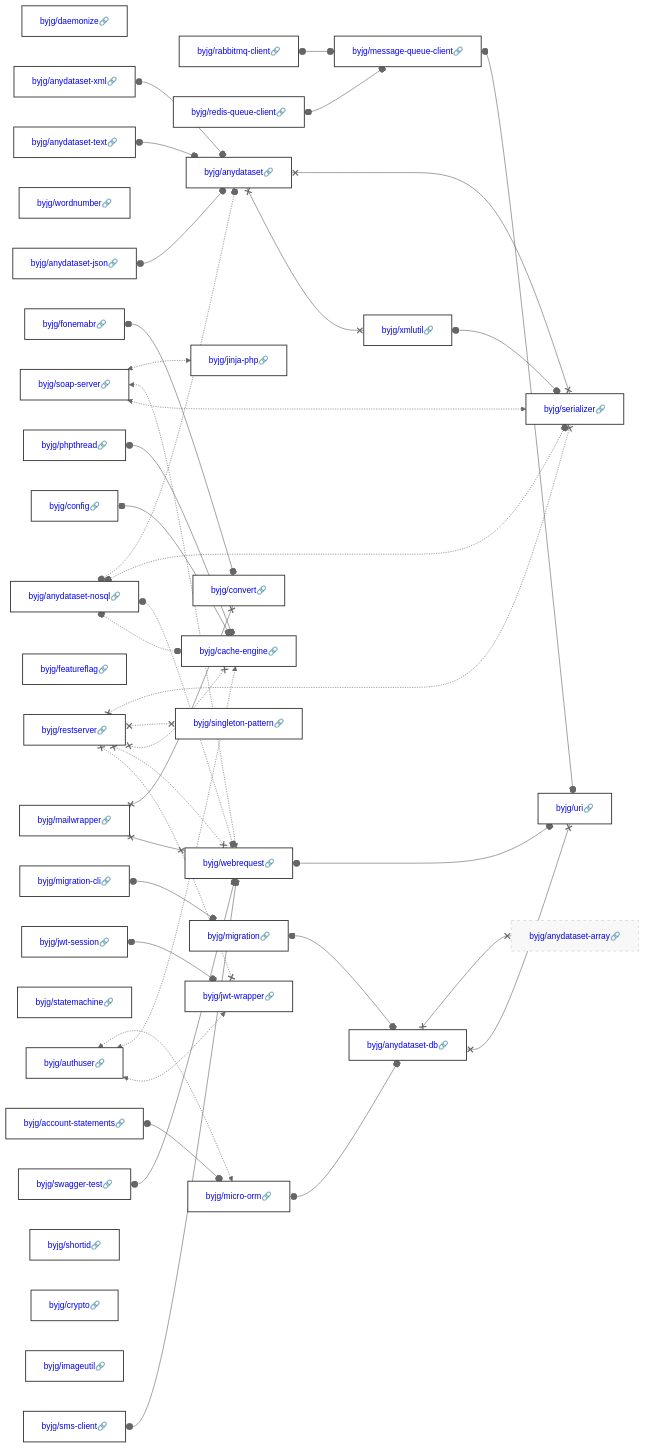
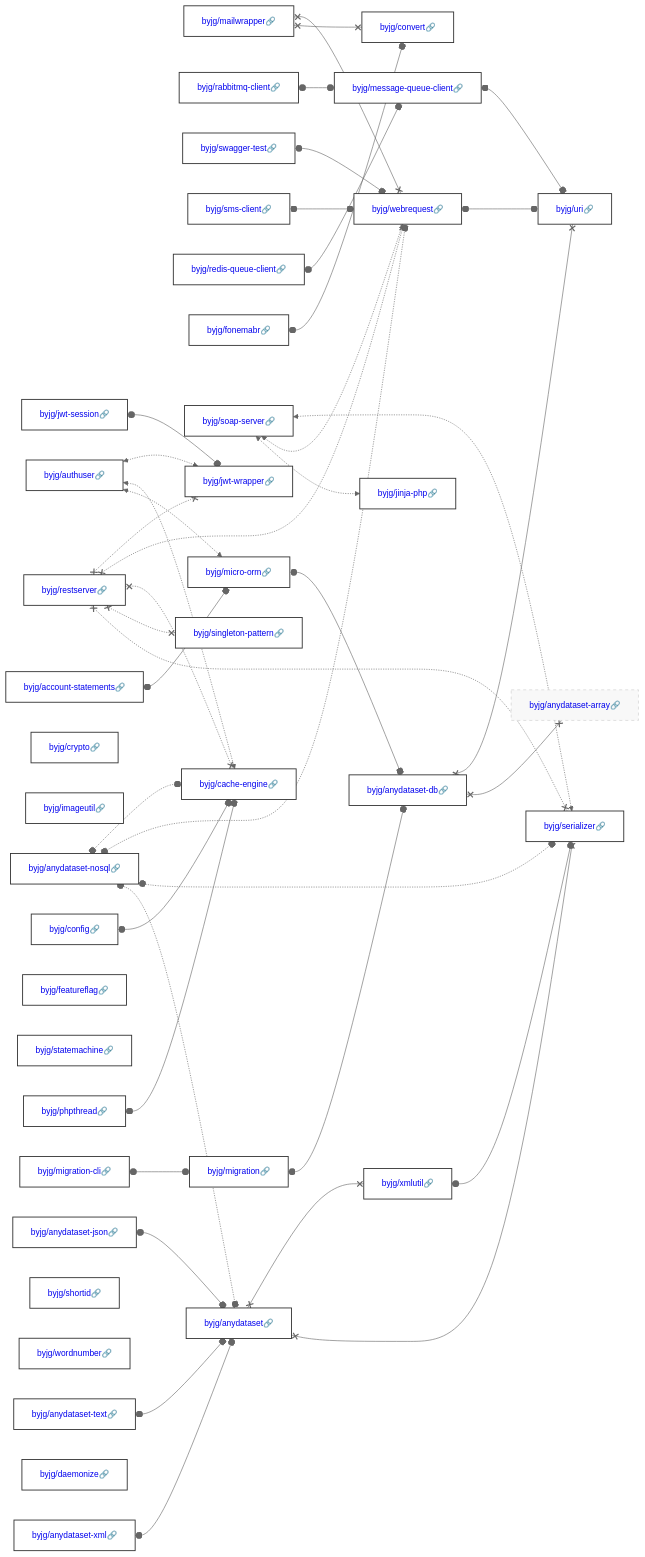
The diagram in docs/php/README.md (byjg/byjg.github.io), drawn with Mermaid (neutral theme) before and after one commit. The commit also changed other lines of this file and 5 other files, not shown here.

Commit message:
Update documentation 'php' 'php-rabbitmq-client'

````diff
--- a/docs/php/README.md
+++ b/docs/php/README.md
@@ -3,47 +3,46 @@
 ```mermaid
 graph LR;
-  byjg/daemonize[<a href='https://opensource.byjg.com/docs/php/daemonize' style='text-decoration:none'>byjg/daemonize🔗</a>];
+  byjg/mailwrapper[<a href='https://opensource.byjg.com/docs/php/mailwrapper' style='text-decoration:none'>byjg/mailwrapper🔗</a>];
+  byjg/migration-cli[<a href='https://opensource.byjg.com/docs/php/migration-cli' style='text-decoration:none'>byjg/migration-cli🔗</a>];
+  byjg/jwt-session[<a href='https://opensource.byjg.com/docs/php/jwt-session' style='text-decoration:none'>byjg/jwt-session🔗</a>];
+  byjg/rabbitmq-client[<a href='https://opensource.byjg.com/docs/php/rabbitmq-client' style='text-decoration:none'>byjg/rabbitmq-client🔗</a>];
+  byjg/phpthread[<a href='https://opensource.byjg.com/docs/php/phpthread' style='text-decoration:none'>byjg/phpthread🔗</a>];
   byjg/config[<a href='https://opensource.byjg.com/docs/php/config' style='text-decoration:none'>byjg/config🔗</a>];
-  byjg/anydataset-text[<a href='https://opensource.byjg.com/docs/php/anydataset-text' style='text-decoration:none'>byjg/anydataset-text🔗</a>];
-  byjg/wordnumber[<a href='https://opensource.byjg.com/docs/php/wordnumber' style='text-decoration:none'>byjg/wordnumber🔗</a>];
-  byjg/rabbitmq-client[<a href='https://opensource.byjg.com/docs/php/rabbitmq-client' style='text-decoration:none'>byjg/rabbitmq-client🔗</a>];
-  byjg/migration-cli[<a href='https://opensource.byjg.com/docs/php/migration-cli' style='text-decoration:none'>byjg/migration-cli🔗</a>];
-  byjg/soap-server[<a href='https://opensource.byjg.com/docs/php/soap-server' style='text-decoration:none'>byjg/soap-server🔗</a>];
-  byjg/phpthread[<a href='https://opensource.byjg.com/docs/php/phpthread' style='text-decoration:none'>byjg/phpthread🔗</a>];
-  byjg/account-statements[<a href='https://opensource.byjg.com/docs/php/account-statements' style='text-decoration:none'>byjg/account-statements🔗</a>];
-  byjg/fonemabr[<a href='https://opensource.byjg.com/docs/php/fonemabr' style='text-decoration:none'>byjg/fonemabr🔗</a>];
-  byjg/mailwrapper[<a href='https://opensource.byjg.com/docs/php/mailwrapper' style='text-decoration:none'>byjg/mailwrapper🔗</a>];
-  byjg/redis-queue-client[<a href='https://opensource.byjg.com/docs/php/redis-queue-client' style='text-decoration:none'>byjg/redis-queue-client🔗</a>];
-  byjg/featureflag[<a href='https://opensource.byjg.com/docs/php/featureflag' style='text-decoration:none'>byjg/featureflag🔗</a>];
-  byjg/restserver[<a href='https://opensource.byjg.com/docs/php/restserver' style='text-decoration:none'>byjg/restserver🔗</a>];
-  byjg/sms-client[<a href='https://opensource.byjg.com/docs/php/sms-client' style='text-decoration:none'>byjg/sms-client🔗</a>];
-  byjg/anydataset-json[<a href='https://opensource.byjg.com/docs/php/anydataset-json' style='text-decoration:none'>byjg/anydataset-json🔗</a>];
-  byjg/authuser[<a href='https://opensource.byjg.com/docs/php/authuser' style='text-decoration:none'>byjg/authuser🔗</a>];
-  byjg/statemachine[<a href='https://opensource.byjg.com/docs/php/statemachine' style='text-decoration:none'>byjg/statemachine🔗</a>];
-  byjg/anydataset-nosql[<a href='https://opensource.byjg.com/docs/php/anydataset-nosql' style='text-decoration:none'>byjg/anydataset-nosql🔗</a>];
-  byjg/swagger-test[<a href='https://opensource.byjg.com/docs/php/swagger-test' style='text-decoration:none'>byjg/swagger-test🔗</a>];
-  byjg/jwt-session[<a href='https://opensource.byjg.com/docs/php/jwt-session' style='text-decoration:none'>byjg/jwt-session🔗</a>];
-  byjg/shortid[<a href='https://opensource.byjg.com/docs/php/shortid' style='text-decoration:none'>byjg/shortid🔗</a>];
   byjg/crypto[<a href='https://opensource.byjg.com/docs/php/crypto' style='text-decoration:none'>byjg/crypto🔗</a>];
   byjg/imageutil[<a href='https://opensource.byjg.com/docs/php/imageutil' style='text-decoration:none'>byjg/imageutil🔗</a>];
   byjg/anydataset-xml[<a href='https://opensource.byjg.com/docs/php/anydataset-xml' style='text-decoration:none'>byjg/anydataset-xml🔗</a>];
+  byjg/swagger-test[<a href='https://opensource.byjg.com/docs/php/swagger-test' style='text-decoration:none'>byjg/swagger-test🔗</a>];
+  byjg/sms-client[<a href='https://opensource.byjg.com/docs/php/sms-client' style='text-decoration:none'>byjg/sms-client🔗</a>];
+  byjg/account-statements[<a href='https://opensource.byjg.com/docs/php/account-statements' style='text-decoration:none'>byjg/account-statements🔗</a>];
+  byjg/featureflag[<a href='https://opensource.byjg.com/docs/php/featureflag' style='text-decoration:none'>byjg/featureflag🔗</a>];
+  byjg/statemachine[<a href='https://opensource.byjg.com/docs/php/statemachine' style='text-decoration:none'>byjg/statemachine🔗</a>];
+  byjg/anydataset-json[<a href='https://opensource.byjg.com/docs/php/anydataset-json' style='text-decoration:none'>byjg/anydataset-json🔗</a>];
+  byjg/authuser[<a href='https://opensource.byjg.com/docs/php/authuser' style='text-decoration:none'>byjg/authuser🔗</a>];
+  byjg/anydataset-text[<a href='https://opensource.byjg.com/docs/php/anydataset-text' style='text-decoration:none'>byjg/anydataset-text🔗</a>];
+  byjg/shortid[<a href='https://opensource.byjg.com/docs/php/shortid' style='text-decoration:none'>byjg/shortid🔗</a>];
+  byjg/wordnumber[<a href='https://opensource.byjg.com/docs/php/wordnumber' style='text-decoration:none'>byjg/wordnumber🔗</a>];
+  byjg/restserver[<a href='https://opensource.byjg.com/docs/php/restserver' style='text-decoration:none'>byjg/restserver🔗</a>];
+  byjg/redis-queue-client[<a href='https://opensource.byjg.com/docs/php/redis-queue-client' style='text-decoration:none'>byjg/redis-queue-client🔗</a>];
+  byjg/fonemabr[<a href='https://opensource.byjg.com/docs/php/fonemabr' style='text-decoration:none'>byjg/fonemabr🔗</a>];
+  byjg/daemonize[<a href='https://opensource.byjg.com/docs/php/daemonize' style='text-decoration:none'>byjg/daemonize🔗</a>];
+  byjg/soap-server[<a href='https://opensource.byjg.com/docs/php/soap-server' style='text-decoration:none'>byjg/soap-server🔗</a>];
+  byjg/anydataset-nosql[<a href='https://opensource.byjg.com/docs/php/anydataset-nosql' style='text-decoration:none'>byjg/anydataset-nosql🔗</a>];
   byjg/migration[<a href='https://opensource.byjg.com/docs/php/migration' style='text-decoration:none'>byjg/migration🔗</a>];
+  byjg/micro-orm[<a href='https://opensource.byjg.com/docs/php/micro-orm' style='text-decoration:none'>byjg/micro-orm🔗</a>];
+  byjg/singleton-pattern[<a href='https://opensource.byjg.com/docs/php/singleton-pattern' style='text-decoration:none'>byjg/singleton-pattern🔗</a>];
+  byjg/jwt-wrapper[<a href='https://opensource.byjg.com/docs/php/jwt-wrapper' style='text-decoration:none'>byjg/jwt-wrapper🔗</a>];
+  byjg/message-queue-client[<a href='https://opensource.byjg.com/docs/php/message-queue-client' style='text-decoration:none'>byjg/message-queue-client🔗</a>];
+  byjg/convert[<a href='https://opensource.byjg.com/docs/php/convert' style='text-decoration:none'>byjg/convert🔗</a>];
   byjg/jinja-php[<a href='https://opensource.byjg.com/docs/php/jinja-php' style='text-decoration:none'>byjg/jinja-php🔗</a>];
-  byjg/convert[<a href='https://opensource.byjg.com/docs/php/convert' style='text-decoration:none'>byjg/convert🔗</a>];
-  byjg/message-queue-client[<a href='https://opensource.byjg.com/docs/php/message-queue-client' style='text-decoration:none'>byjg/message-queue-client🔗</a>];
-  byjg/singleton-pattern[<a href='https://opensource.byjg.com/docs/php/singleton-pattern' style='text-decoration:none'>byjg/singleton-pattern🔗</a>];
-  byjg/micro-orm[<a href='https://opensource.byjg.com/docs/php/micro-orm' style='text-decoration:none'>byjg/micro-orm🔗</a>];
+  byjg/anydataset[<a href='https://opensource.byjg.com/docs/php/anydataset' style='text-decoration:none'>byjg/anydataset🔗</a>];
+  byjg/webrequest[<a href='https://opensource.byjg.com/docs/php/webrequest' style='text-decoration:none'>byjg/webrequest🔗</a>];
   byjg/cache-engine[<a href='https://opensource.byjg.com/docs/php/cache-engine' style='text-decoration:none'>byjg/cache-engine🔗</a>];
-  byjg/webrequest[<a href='https://opensource.byjg.com/docs/php/webrequest' style='text-decoration:none'>byjg/webrequest🔗</a>];
-  byjg/jwt-wrapper[<a href='https://opensource.byjg.com/docs/php/jwt-wrapper' style='text-decoration:none'>byjg/jwt-wrapper🔗</a>];
-  byjg/anydataset[<a href='https://opensource.byjg.com/docs/php/anydataset' style='text-decoration:none'>byjg/anydataset🔗</a>];
   byjg/anydataset-db[<a href='https://opensource.byjg.com/docs/php/anydataset-db' style='text-decoration:none'>byjg/anydataset-db🔗</a>];
   byjg/xmlutil[<a href='https://opensource.byjg.com/docs/php/xmlutil' style='text-decoration:none'>byjg/xmlutil🔗</a>];
   byjg/anydataset-array[<a href='https://opensource.byjg.com/docs/php/anydataset-array' style='text-decoration:none'>byjg/anydataset-array🔗</a>];
   byjg/uri[<a href='https://opensource.byjg.com/docs/php/uri' style='text-decoration:none'>byjg/uri🔗</a>];
   byjg/serializer[<a href='https://opensource.byjg.com/docs/php/serializer' style='text-decoration:none'>byjg/serializer🔗</a>];
   byjg/xmlutil o--o byjg/serializer;
-  byjg/rabbitmq-client o--o byjg/message-queue-client;
   byjg/anydataset x--x byjg/serializer;
   byjg/anydataset x--x byjg/xmlutil;
   byjg/migration o--o byjg/anydataset-db;
@@ -65,6 +64,7 @@
   byjg/redis-queue-client o--o byjg/message-queue-client;
   byjg/anydataset-xml o--o byjg/anydataset;
   byjg/anydataset-text o--o byjg/anydataset;
+  byjg/rabbitmq-client o--o byjg/message-queue-client;
   byjg/config o--o byjg/cache-engine;
   byjg/restserver x-.-x byjg/serializer;
   byjg/restserver x-.-x byjg/singleton-pattern;
````
